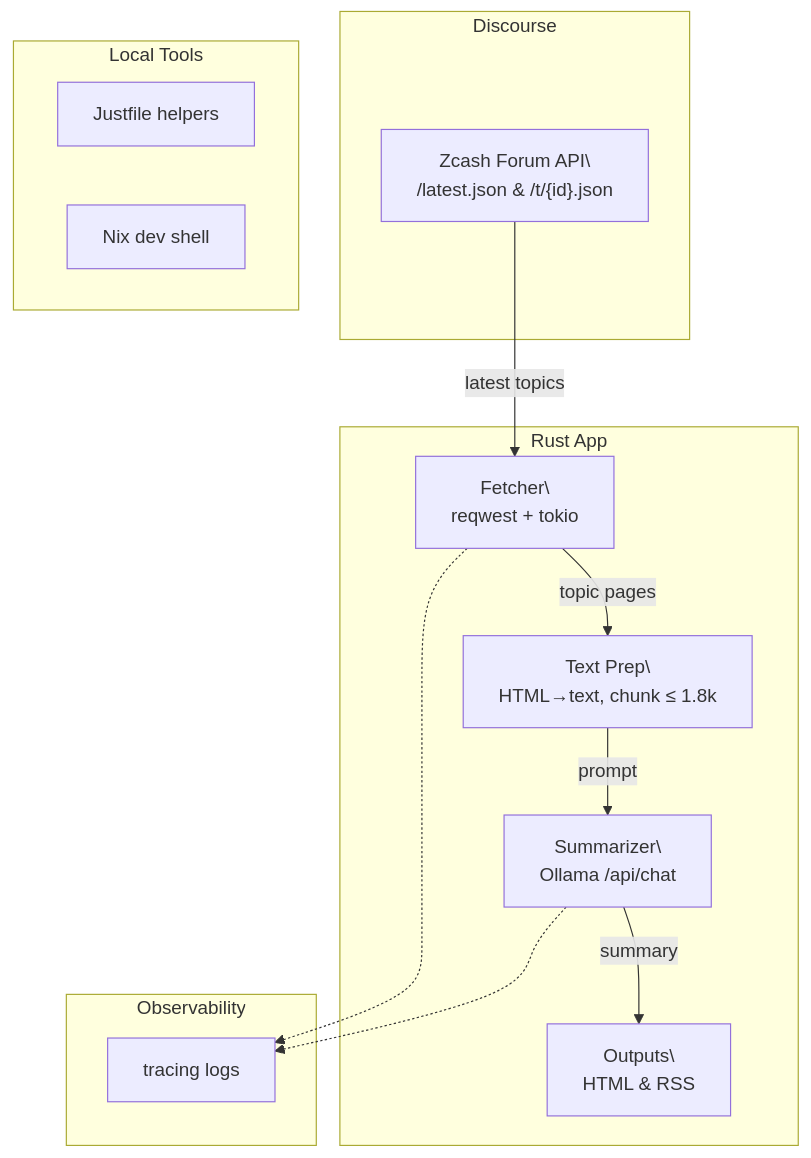
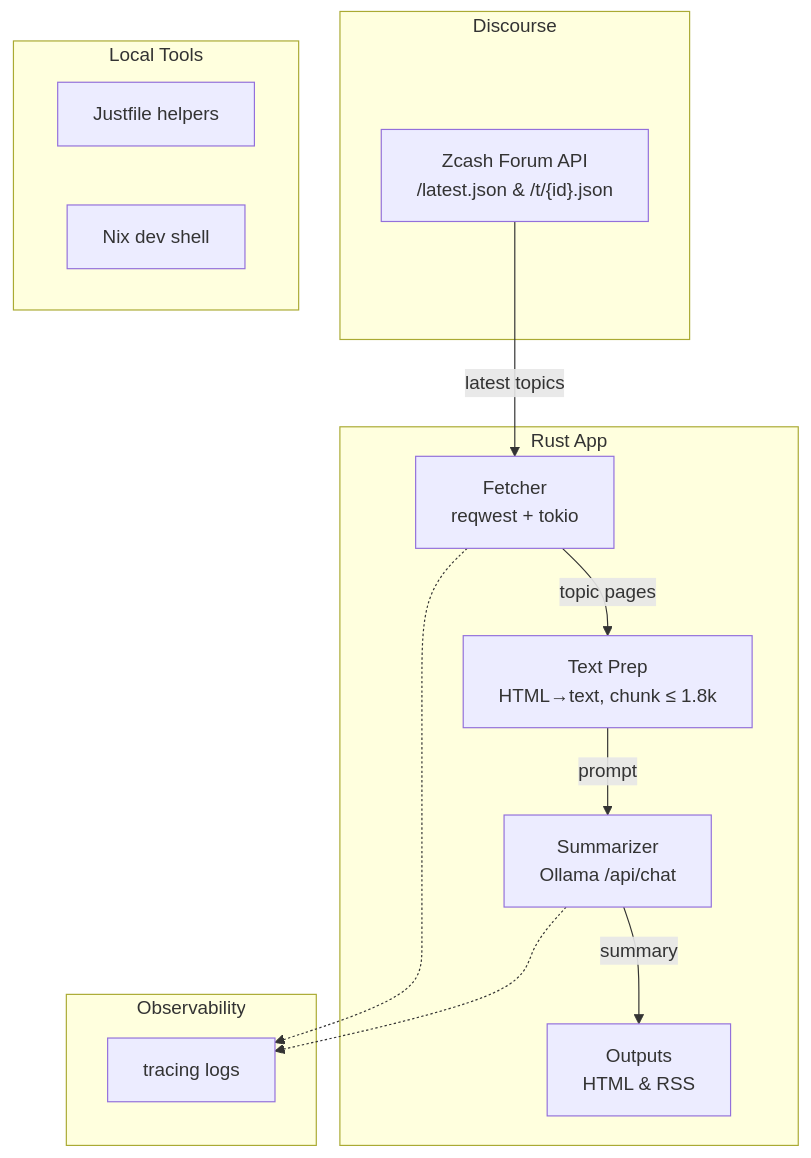
The diagram in README.md (aphelionz/zcash-forum-digest), drawn with Mermaid before and after one commit.

````diff
--- a/README.md
+++ b/README.md
@@ -48,26 +48,26 @@
 ```mermaid
 graph TD
   subgraph Discourse
-    DZC["Zcash Forum API\\n/latest.json & /t/{id}.json"]
+    DZC["Zcash Forum API<br />/latest.json & /t/{id}.json"]
   end
 
   subgraph Rust_App["Rust App"]
-    F[Fetcher\\nreqwest + tokio]
-    B[Text Prep\\nHTML→text, chunk ≤ 1.8k]
-    S[Summarizer\\nOllama /api/chat]
-    O[Outputs\\nHTML & RSS]
+    F[Fetcher<br />reqwest + tokio]
+    B[Text Prep<br />HTML→text, chunk ≤ 1.8k]
+    S[Summarizer<br />Ollama /api/chat]
+    O[Outputs<br />HTML & RSS]
   end
 
   subgraph Local_Tools["Local Tools"]
     JUST[Justfile helpers]
     NIX[Nix dev shell]
   end
 
   DZC -->|latest topics| F -->|topic pages| B -->|prompt| S -->|summary| O
 
   subgraph Observability
     TR[tracing logs]
   end
   F -.-> TR
   S -.-> TR
 ```
````
